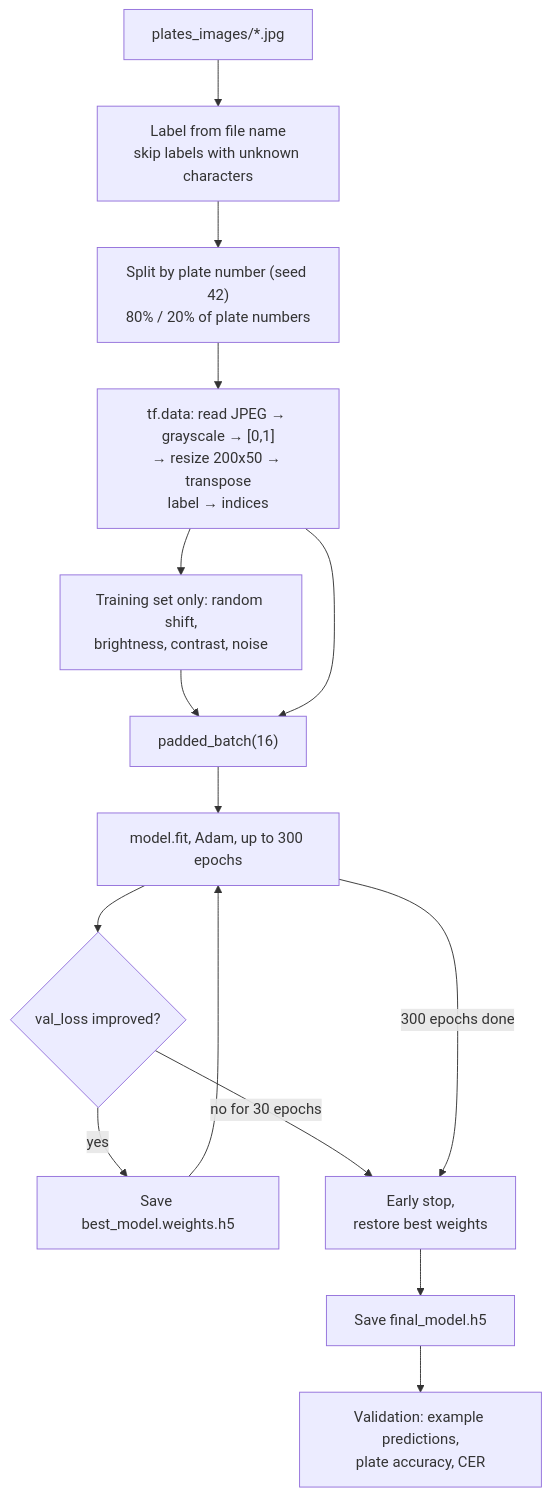
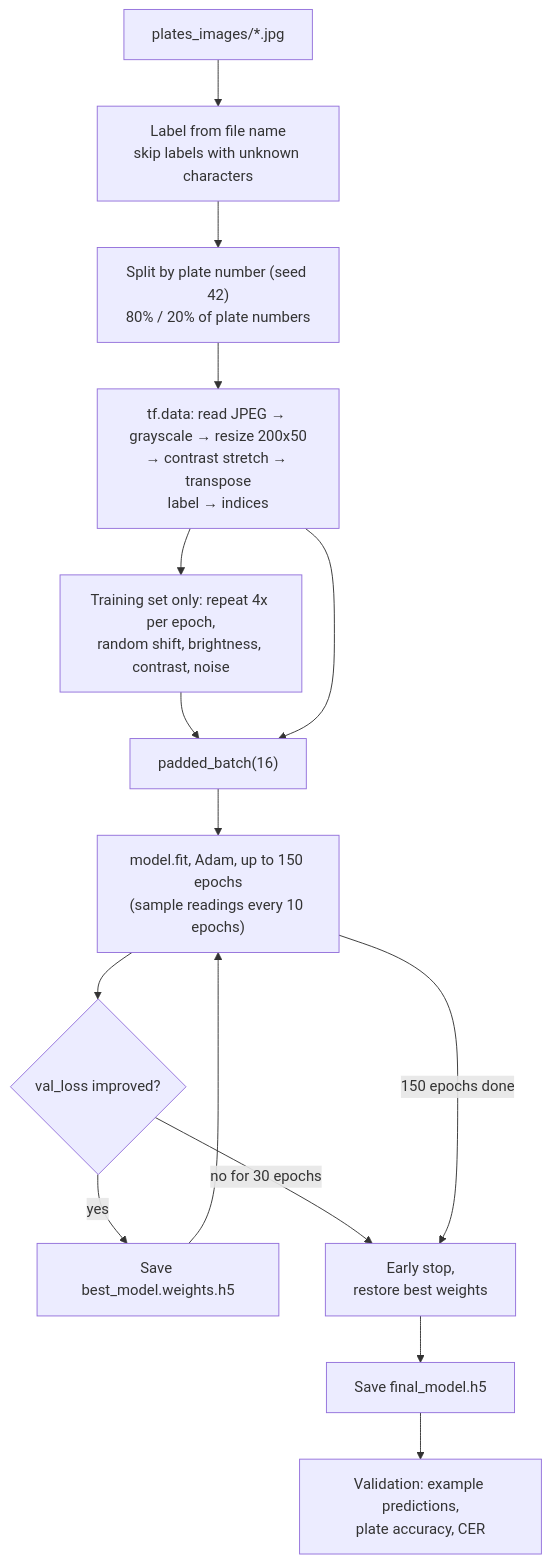
One commit to RBorczuch/PlatesOCR changed the sixth of 7 diagrams in README.md. Above: the diagram before and after it, drawn with Mermaid. The commit also changed other lines of this file and 1 other file, not shown here.

````diff
--- a/README.md
+++ b/README.md
@@ -182,15 +184,15 @@
 ```mermaid
 flowchart TD
     A["plates_images/*.jpg"] --> B["Label from file name<br/>skip labels with unknown characters"]
     B --> C["Split by plate number (seed 42)<br/>80% / 20% of plate numbers"]
-    C --> D["tf.data: read JPEG → grayscale → [0,1]<br/>→ resize 200x50 → transpose<br/>label → indices"]
-    D --> AUG["Training set only: random shift,<br/>brightness, contrast, noise"]
+    C --> D["tf.data: read JPEG → grayscale → resize 200x50<br/>→ contrast stretch → transpose<br/>label → indices"]
+    D --> AUG["Training set only: repeat 4x per epoch,<br/>random shift, brightness, contrast, noise"]
     AUG --> PB["padded_batch(16)"]
     D --> PB
-    PB --> E["model.fit, Adam, up to 300 epochs"]
+    PB --> E["model.fit, Adam, up to 150 epochs<br/>(sample readings every 10 epochs)"]
     E --> F{"val_loss improved?"}
     F -->|yes| G["Save best_model.weights.h5"] --> E
     F -->|"no for 30 epochs"| H["Early stop,<br/>restore best weights"]
-    E -->|"300 epochs done"| H
+    E -->|"150 epochs done"| H
     H --> I["Save final_model.h5"] --> J["Validation: example predictions,<br/>plate accuracy, CER"]
 ```
````
